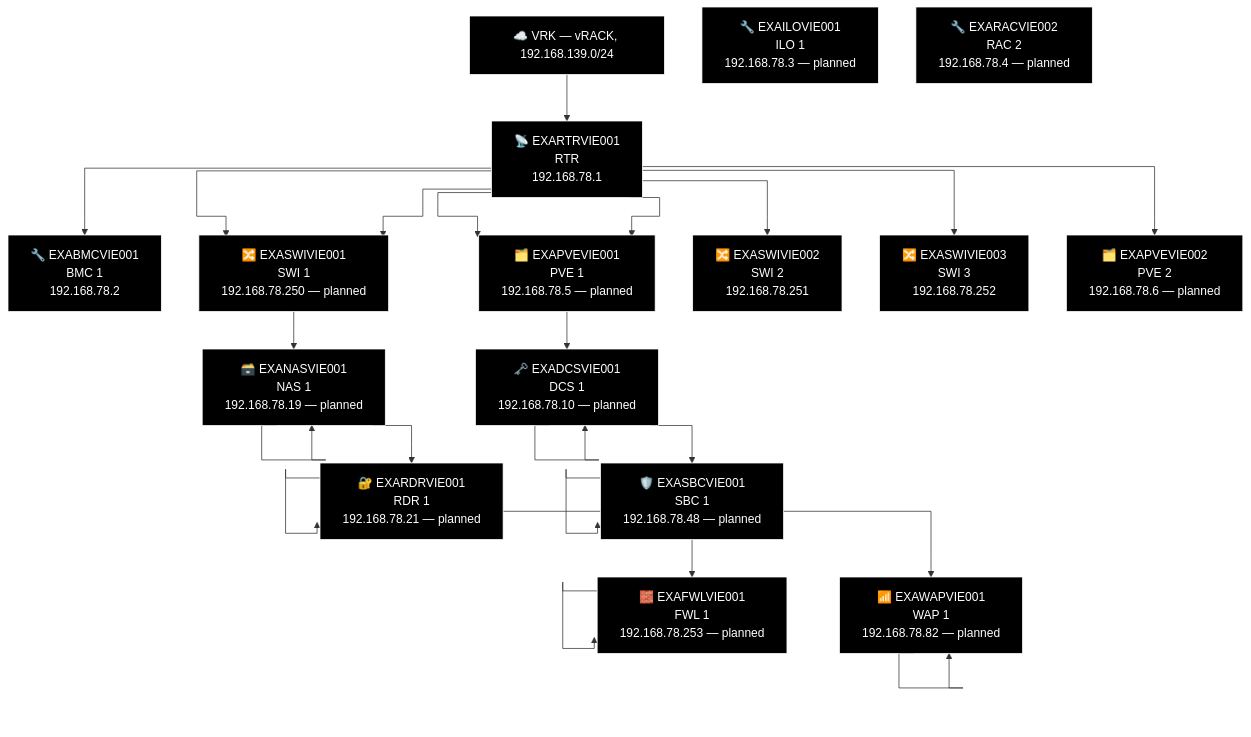
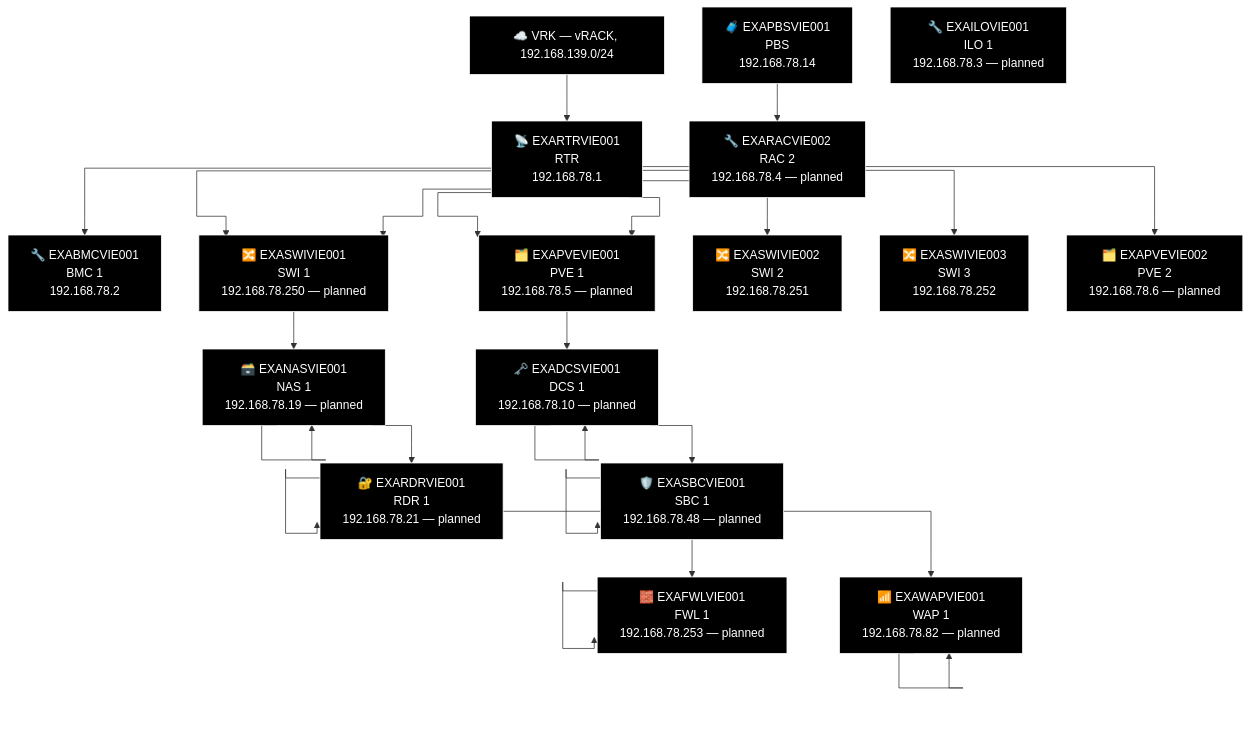
One commit to knightmare2600/example_music_infra changed the second of 2 diagrams in docs/network-diagram/osterreich.md. Above: the diagram before and after it, drawn with Mermaid. The commit also changed 14 other files, not shown here.

First line of the commit message:
docs/network-diagram: regenerate, every site was missing its PBS node

````diff
--- a/docs/network-diagram/osterreich.md
+++ b/docs/network-diagram/osterreich.md
@@ -31,65 +31,68 @@
 ```mermaid
 %% GENERATED:TOPOLOGY:VIE:START
 %%{init: {'flowchart': {'curve': 'stepAfter'}}}%%
 graph TD
     T_VRK["☁️ VRK — vRACK, 192.168.139.0/24"]
     T_RTR["📡 EXARTRVIE001<br/>RTR<br/>192.168.78.1"]
     T_VRK --> T_RTR
     T_BMC["🔧 EXABMCVIE001<br/>BMC 1<br/>192.168.78.2"]
     T_RTR --> T_BMC
     T_PVE["🗂️ EXAPVEVIE001<br/>PVE 1<br/>192.168.78.5"]
     T_RTR --> T_PVE
     T_SWI["🔀 EXASWIVIE001<br/>SWI 1<br/>192.168.78.250"]
     T_RTR --> T_SWI
     T_SWI2["🔀 EXASWIVIE002<br/>SWI 2<br/>192.168.78.251"]
     T_RTR --> T_SWI2
     T_SWI3["🔀 EXASWIVIE003<br/>SWI 3<br/>192.168.78.252"]
     T_RTR --> T_SWI3
     T_SWI["🔀 EXASWIVIE001<br/>SWI 1<br/>192.168.78.250 — planned"]
     T_RTR --> T_SWI
     T_PVE["🗂️ EXAPVEVIE001<br/>PVE 1<br/>192.168.78.5 — planned"]
     T_RTR --> T_PVE
     T_PVE2["🗂️ EXAPVEVIE002<br/>PVE 2<br/>192.168.78.6 — planned"]
     T_RTR --> T_PVE2
     T_NAS["🗃️ EXANASVIE001<br/>NAS<br/>192.168.78.19"]
     T_NAS["🗃️ EXANASVIE001<br/>NAS 1<br/>192.168.78.19 — planned"]
     T_RDR["🔐 EXARDRVIE001<br/>RDR<br/>192.168.78.21"]
     T_RDR["🔐 EXARDRVIE001<br/>RDR 1<br/>192.168.78.21 — planned"]
     T_WAP["📶 EXAWAPVIE001<br/>WAP 1<br/>192.168.78.82"]
     T_WAP["📶 EXAWAPVIE001<br/>WAP 1<br/>192.168.78.82 — planned"]
     T_SWI --> T_NAS --> T_NAS --> T_RDR --> T_RDR --> T_WAP --> T_WAP
     T_DCS["🗝️ EXADCSVIE001<br/>DCS 1<br/>192.168.78.10"]
     T_DCS["🗝️ EXADCSVIE001<br/>DCS 1<br/>192.168.78.10 — planned"]
     T_SBC["🛡️ EXASBCVIE001<br/>SBC<br/>192.168.78.48"]
     T_SBC["🛡️ EXASBCVIE001<br/>SBC 1<br/>192.168.78.48 — planned"]
     T_FWL["🧱 EXAFWLVIE001<br/>LAN Face<br/>192.168.78.253"]
     T_FWL["🧱 EXAFWLVIE001<br/>FWL 1<br/>192.168.78.253 — planned"]
     T_PVE --> T_DCS --> T_DCS --> T_SBC --> T_SBC --> T_FWL --> T_FWL
+    T_PBS["🧳 EXAPBSVIE001<br/>PBS<br/>192.168.78.14"]
     T_ILO["🔧 EXAILOVIE001<br/>ILO 1<br/>192.168.78.3 — planned"]
     T_RAC["🔧 EXARACVIE002<br/>RAC 2<br/>192.168.78.4 — planned"]
+    T_PBS --> T_RAC
     style T_VRK fill:#000000,stroke:#FFFFFF,color:#FFFFFF
     style T_RTR fill:#000000,stroke:#FFFFFF,color:#FFFFFF
     style T_BMC fill:#000000,stroke:#FFFFFF,color:#FFFFFF
     style T_PVE fill:#000000,stroke:#FFFFFF,color:#FFFFFF
     style T_SWI fill:#000000,stroke:#FFFFFF,color:#FFFFFF
     style T_SWI2 fill:#000000,stroke:#FFFFFF,color:#FFFFFF
     style T_SWI3 fill:#000000,stroke:#FFFFFF,color:#FFFFFF
     style T_SWI fill:#000000,stroke:#FFFFFF,color:#FFFFFF
     style T_PVE fill:#000000,stroke:#FFFFFF,color:#FFFFFF
     style T_PVE2 fill:#000000,stroke:#FFFFFF,color:#FFFFFF
     style T_NAS fill:#000000,stroke:#FFFFFF,color:#FFFFFF
     style T_NAS fill:#000000,stroke:#FFFFFF,color:#FFFFFF
     style T_RDR fill:#000000,stroke:#FFFFFF,color:#FFFFFF
     style T_RDR fill:#000000,stroke:#FFFFFF,color:#FFFFFF
     style T_WAP fill:#000000,stroke:#FFFFFF,color:#FFFFFF
     style T_WAP fill:#000000,stroke:#FFFFFF,color:#FFFFFF
     style T_DCS fill:#000000,stroke:#FFFFFF,color:#FFFFFF
     style T_DCS fill:#000000,stroke:#FFFFFF,color:#FFFFFF
     style T_SBC fill:#000000,stroke:#FFFFFF,color:#FFFFFF
     style T_SBC fill:#000000,stroke:#FFFFFF,color:#FFFFFF
     style T_FWL fill:#000000,stroke:#FFFFFF,color:#FFFFFF
     style T_FWL fill:#000000,stroke:#FFFFFF,color:#FFFFFF
+    style T_PBS fill:#000000,stroke:#FFFFFF,color:#FFFFFF
     style T_ILO fill:#000000,stroke:#FFFFFF,color:#FFFFFF
     style T_RAC fill:#000000,stroke:#FFFFFF,color:#FFFFFF
 %% GENERATED:TOPOLOGY:VIE:END
 ```
````
